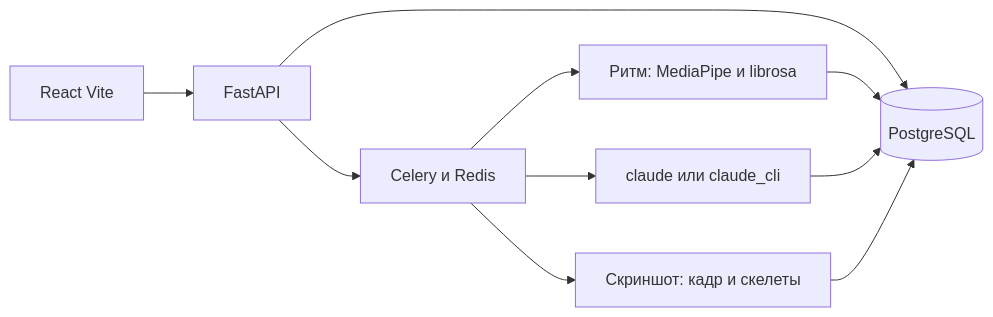
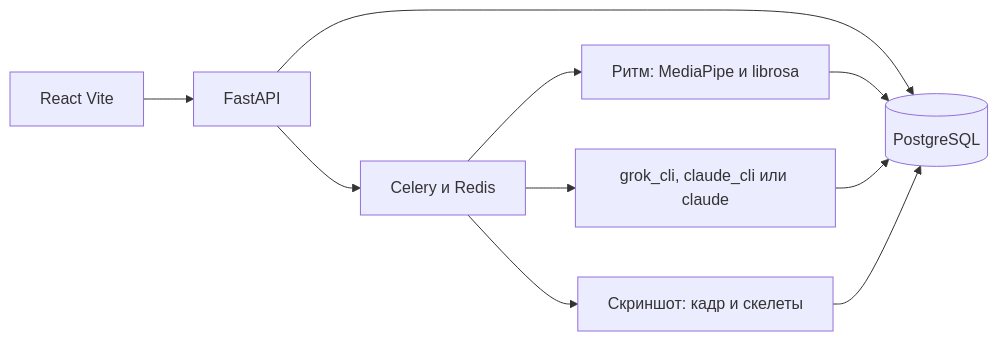
Before and after one commit to ktttkora/diploma: the diagram in DEVELOPER_GUIDE.md, drawn with Mermaid. The commit also changed other lines of this file and 25 other files, not shown here.

````diff
--- a/DEVELOPER_GUIDE.md
+++ b/DEVELOPER_GUIDE.md
@@ -7,12 +7,12 @@
 ```mermaid
 flowchart LR
   UI[React Vite] --> API[FastAPI]
   API --> DB[(PostgreSQL)]
   API --> Q[Celery и Redis]
   Q --> Rhythm[Ритм: MediaPipe и librosa]
-  Q --> AI[claude или claude_cli]
+  Q --> AI[grok_cli, claude_cli или claude]
   Q --> Shot[Скриншот: кадр и скелеты]
   Rhythm --> DB
   AI --> DB
   Shot --> DB
 ```
````
